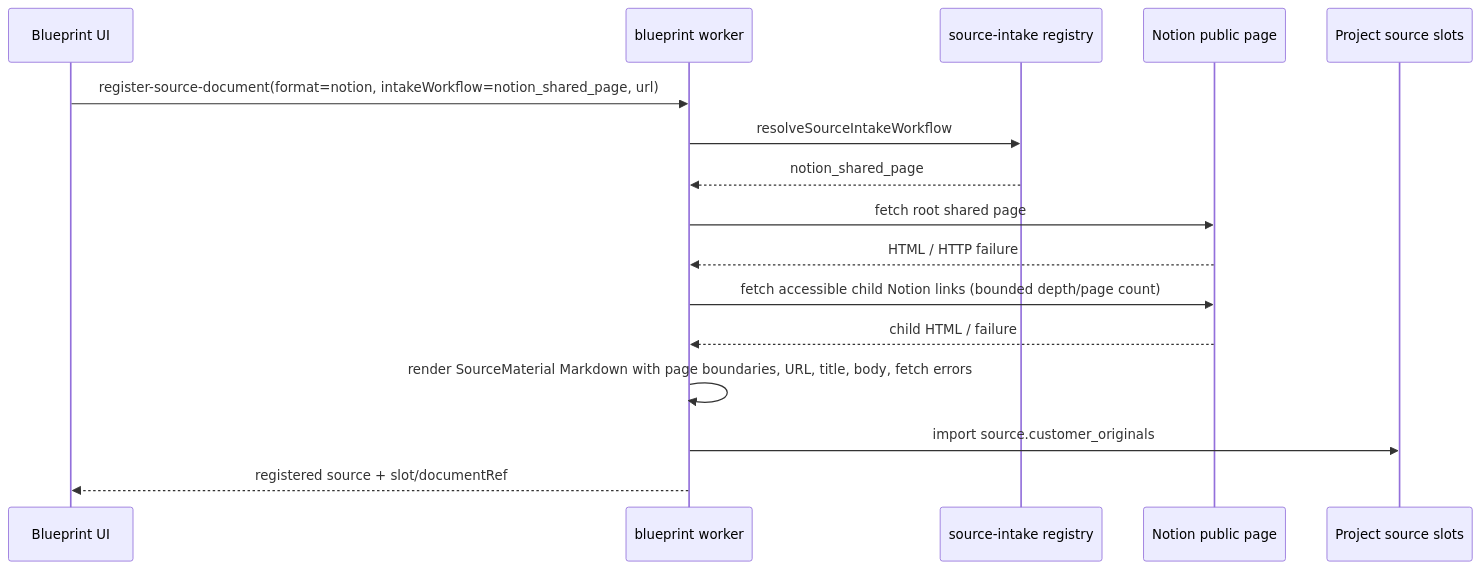
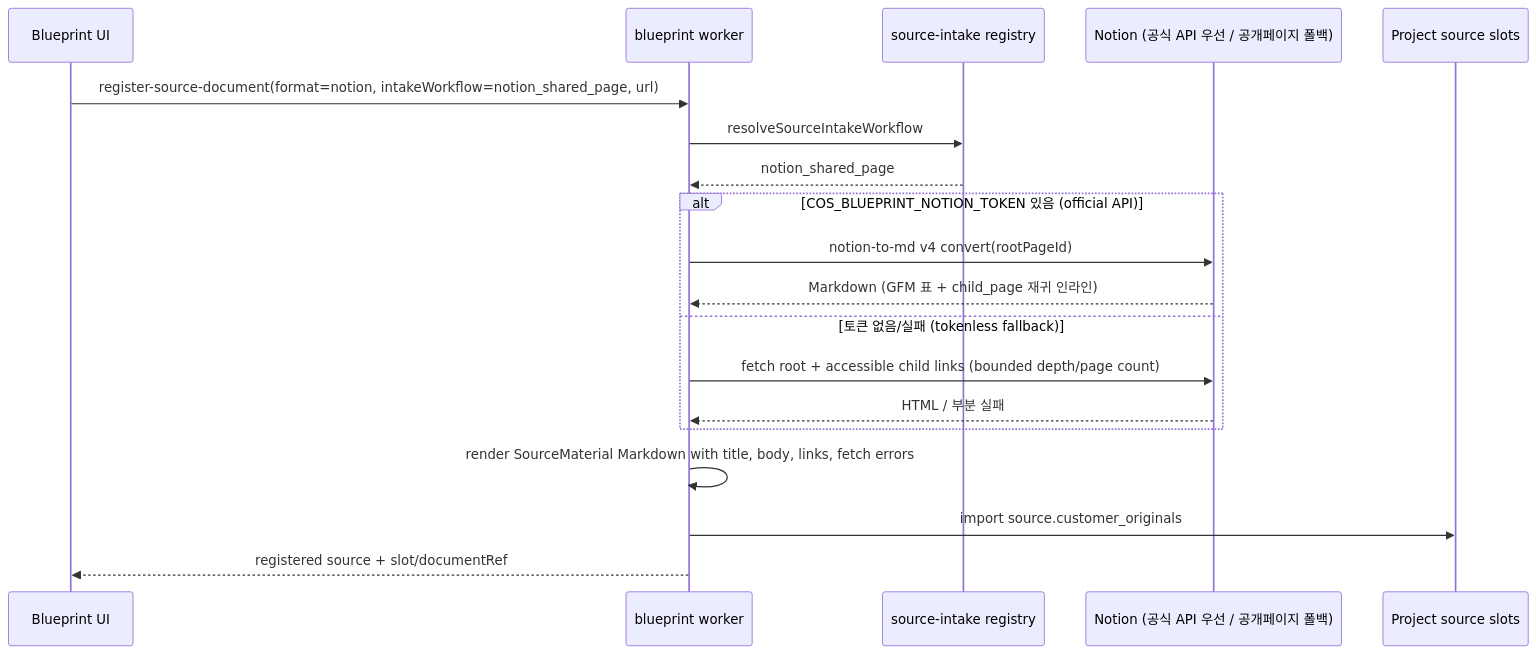
The fifth of 8 diagrams in bbr-plugins/builder/README.md (BBrightcode-atlas/company-os-v2), drawn with Mermaid before and after one commit. The commit also changed other lines of this file and 5 other files, not shown here.

````diff
--- a/bbr-plugins/builder/README.md
+++ b/bbr-plugins/builder/README.md
@@ -182,19 +189,22 @@
 ```mermaid
 sequenceDiagram
   participant UI as Blueprint UI
   participant W as blueprint worker
   participant RI as source-intake registry
-  participant N as Notion public page
+  participant N as Notion (공식 API 우선 / 공개페이지 폴백)
   participant SL as Project source slots
 
   UI->>W: register-source-document(format=notion, intakeWorkflow=notion_shared_page, url)
   W->>RI: resolveSourceIntakeWorkflow
   RI-->>W: notion_shared_page
-  W->>N: fetch root shared page
-  N-->>W: HTML / HTTP failure
-  W->>N: fetch accessible child Notion links (bounded depth/page count)
-  N-->>W: child HTML / failure
-  W->>W: render SourceMaterial Markdown with page boundaries, URL, title, body, fetch errors
+  alt COS_BLUEPRINT_NOTION_TOKEN 있음 (official API)
+    W->>N: notion-to-md v4 convert(rootPageId)
+    N-->>W: Markdown (GFM 표 + child_page 재귀 인라인)
+  else 토큰 없음/실패 (tokenless fallback)
+    W->>N: fetch root + accessible child links (bounded depth/page count)
+    N-->>W: HTML / 부분 실패
+  end
+  W->>W: render SourceMaterial Markdown with title, body, links, fetch errors
   W->>SL: import source.customer_originals
   W-->>UI: registered source + slot/documentRef
 ```
````
